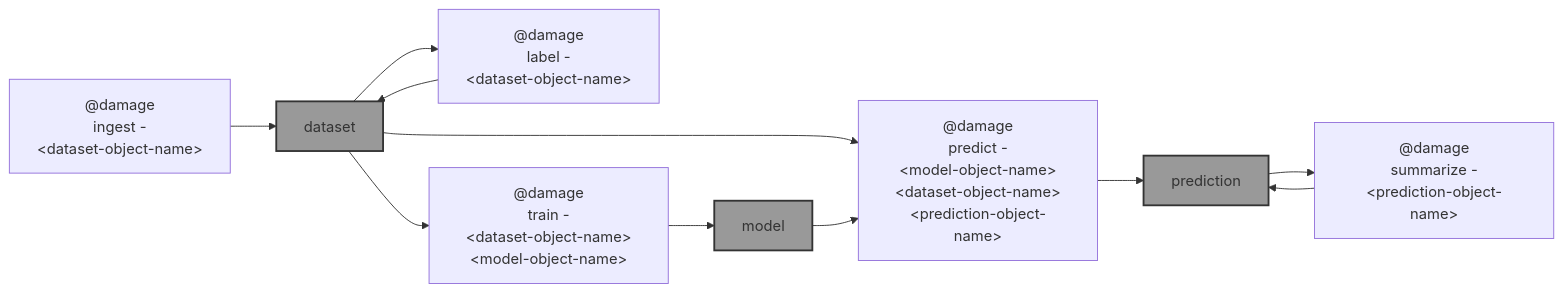
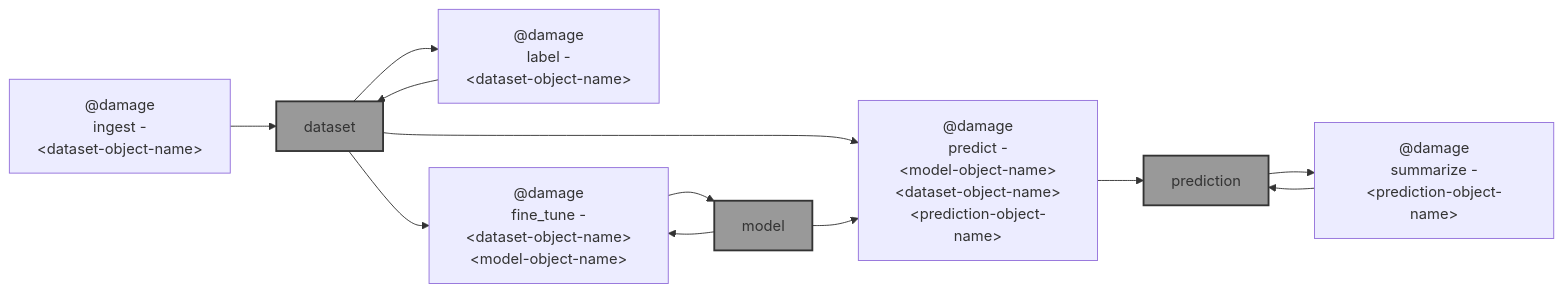
Before and after one commit to kamangir/blue-sandbox: the diagram in blue_sandbox/microsoft_building_damage_assessment/README.md, drawn with Mermaid. The commit also changed 3 other files, not shown here.

````diff
--- a/blue_sandbox/microsoft_building_damage_assessment/README.md
+++ b/blue_sandbox/microsoft_building_damage_assessment/README.md
@@ -5,29 +5,30 @@
 ```mermaid
 graph LR
     ingest["@damage<br>ingest -<br>&lt;dataset-object-name&gt;"]
     label["@damage<br>label -<br>&lt;dataset-object-name&gt;"]
-    train["@damage<br>train -<br>&lt;dataset-object-name&gt;&lt;model-object-name&gt;"]
+    fine_tune["@damage<br>fine_tune -<br>&lt;dataset-object-name&gt;&lt;model-object-name&gt;"]
     predict["@damage<br>predict -<br>&lt;model-object-name&gt;&lt;dataset-object-name&gt;&lt;prediction-object-name&gt;"]
     summarize["@damage<br>summarize -<br>&lt;prediction-object-name&gt;"]
 
     dataset["dataset"]:::folder
     model["model"]:::folder
     prediction["prediction"]:::folder
 
     ingest --> dataset
 
     dataset --> label
     label --> dataset
 
-    dataset --> train
-    train --> model
+    dataset --> fine_tune
+    model --> fine_tune
+    fine_tune --> model
 
     dataset --> predict
     model --> predict
     predict --> prediction
 
     prediction --> summarize
     summarize --> prediction
 
     classDef folder fill:#999,stroke:#333,stroke-width:2px;
 ```
````
